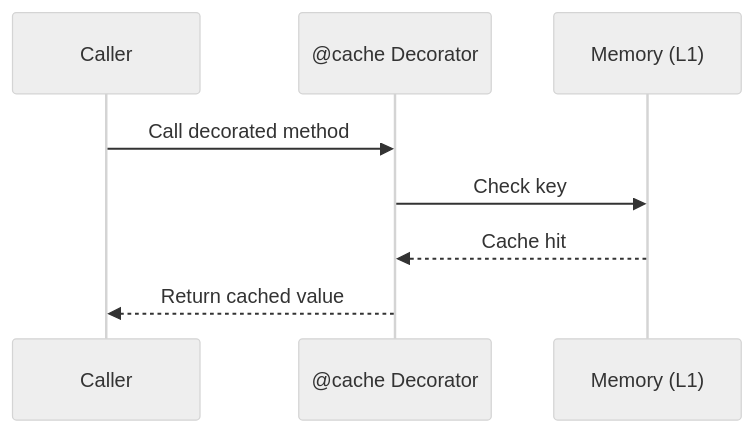
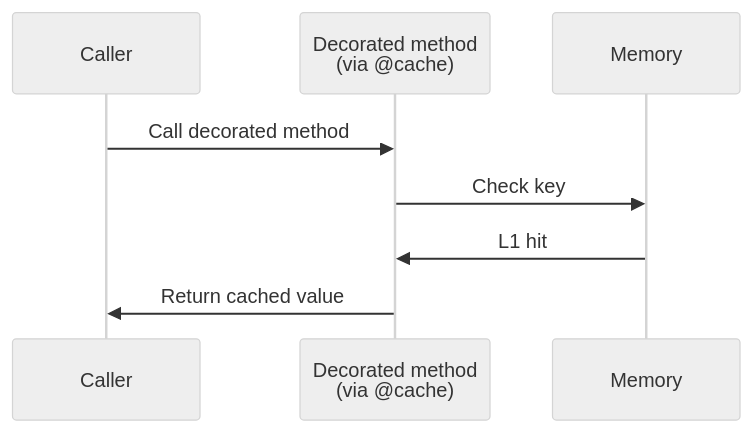
The first of 9 diagrams in lib/util/cache/package/readme.md (renovatebot/renovate), drawn with Mermaid (neutral theme) before and after one commit. The commit also changed other lines of this file, not shown here.

````diff
--- a/lib/util/cache/package/readme.md
+++ b/lib/util/cache/package/readme.md
@@ -22,11 +22,11 @@
 ```mermaid
 sequenceDiagram
     participant C as Caller
-    participant D as @cache Decorator
-    participant M as Memory (L1)
+    participant D as Decorated method <br/>(via @cache)
+    participant L1 as Memory
 
     C->>D: Call decorated method
-    D->>M: Check key
-    M-->>D: Cache hit
-    D-->>C: Return cached value
+    D->>L1: Check key
+    L1->>D: L1 hit
+    D->>C: Return cached value
 ```
````
